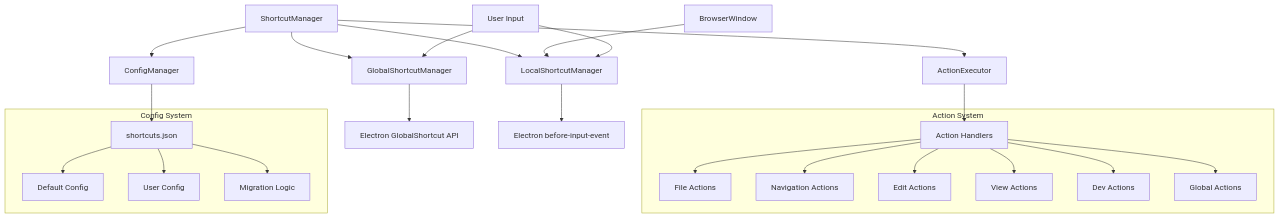
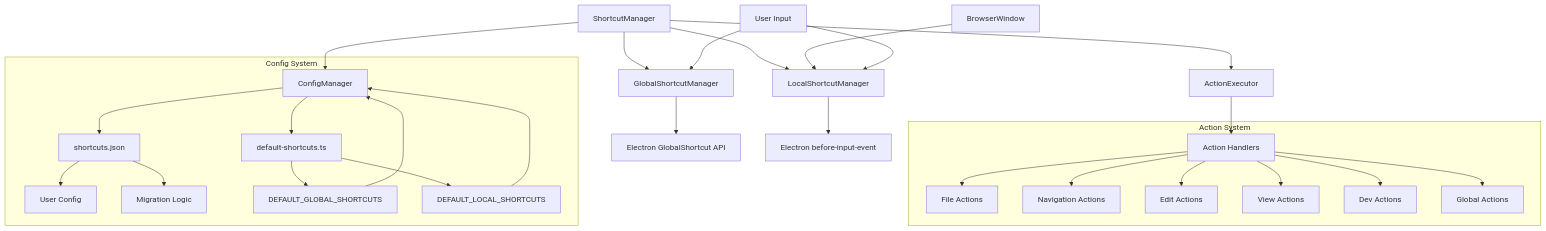
The first of 2 diagrams in electron/main/shortcuts/README.md (yish0/not.e), drawn with Mermaid before and after one commit. The commit also changed other lines of this file, not shown here.

First line of the commit message:
docs: Update shortcuts README with default-shortcuts.ts documentation

````diff
--- a/electron/main/shortcuts/README.md
+++ b/electron/main/shortcuts/README.md
@@ -7,31 +7,35 @@
 ```mermaid
 graph TB
     A[ShortcutManager] --> B[GlobalShortcutManager]
     A --> C[LocalShortcutManager]
     A --> D[ActionExecutor]
     A --> E[ConfigManager]
 
     B --> F[Electron GlobalShortcut API]
     C --> G[Electron before-input-event]
     D --> H[Action Handlers]
     E --> I[shortcuts.json]
+    E --> J[default-shortcuts.ts]
 
-    J[BrowserWindow] --> C
-    K[User Input] --> B
-    K --> C
+    K[BrowserWindow] --> C
+    L[User Input] --> B
+    L --> C
 
     subgraph "Action System"
-        H --> L[File Actions]
-        H --> M[Navigation Actions]
-        H --> N[Edit Actions]
-        H --> O[View Actions]
-        H --> P[Dev Actions]
-        H --> Q[Global Actions]
+        H --> M[File Actions]
+        H --> N[Navigation Actions]
+        H --> O[Edit Actions]
+        H --> P[View Actions]
+        H --> Q[Dev Actions]
+        H --> R[Global Actions]
     end
 
     subgraph "Config System"
-        I --> R[Default Config]
         I --> S[User Config]
         I --> T[Migration Logic]
+        J --> U[DEFAULT_GLOBAL_SHORTCUTS]
+        J --> V[DEFAULT_LOCAL_SHORTCUTS]
+        U --> E
+        V --> E
     end
 ```
````
